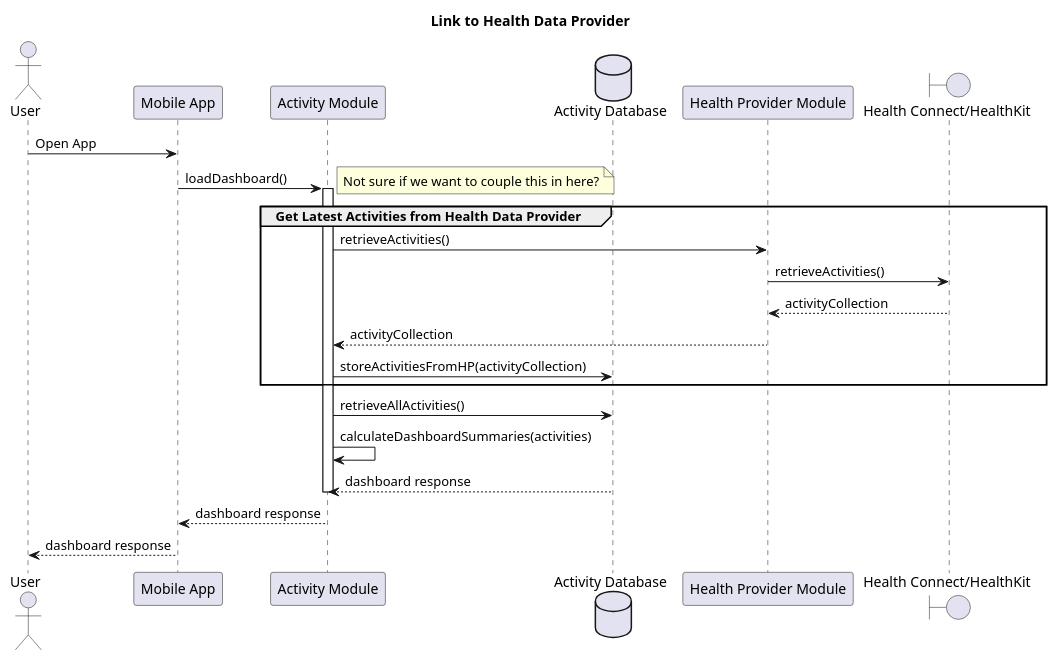
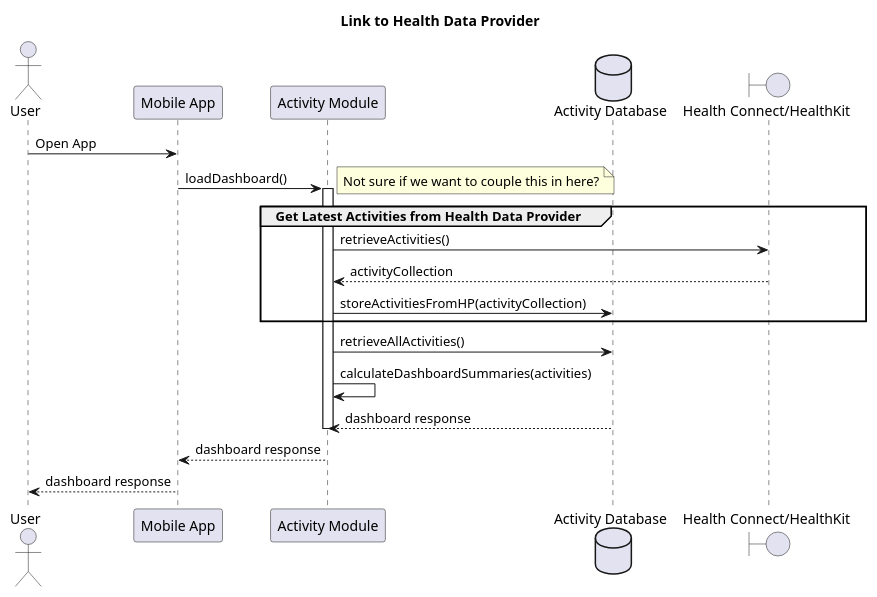
Before and after one commit to ruben-du-toit/aurii-app-service: the diagram in etc/diagrams/dashboard-sequence.puml, drawn with PlantUML. The commit also changed 2 other files, not shown here.

Commit message:
Updated diagrams based on change to device activity retrieval

```diff
--- a/etc/diagrams/dashboard-sequence.puml
+++ b/etc/diagrams/dashboard-sequence.puml
@@ -1,38 +1,35 @@
 @startuml
 
 title: Link to Health Data Provider
 
 actor           "User"                     as User
 participant     "Mobile App"                as App
 'participant     "Coach Module"              as Coach
 'participant     "LLM Interface Module"      as LLMInterface
 participant     "Activity Module"           as Activity
 database        "Activity Database"         as ActivityDb
-participant     "Health Provider Module"    as Health
 boundary        "Health Connect/HealthKit"                       as HP
 
 
 
 User -> App: Open App
 App -> Activity: loadDashboard()
 activate Activity
 
 note right: Not sure if we want to couple this in here?
 group Get Latest Activities from Health Data Provider
-    Activity -> Health: retrieveActivities()
-    Health -> HP: retrieveActivities()
-    Health <-- HP: activityCollection
-    Activity <-- Health: activityCollection
+    Activity -> HP: retrieveActivities()
+    Activity <-- HP: activityCollection
     Activity -> ActivityDb: storeActivitiesFromHP(activityCollection)
 end
 Activity -> ActivityDb: retrieveAllActivities()
 
 Activity -> Activity: calculateDashboardSummaries(activities)
 Activity <-- ActivityDb: dashboard response
 deactivate Activity
 App <-- Activity: dashboard response
 
 User <-- App: dashboard response
 
 
 @enduml
```
